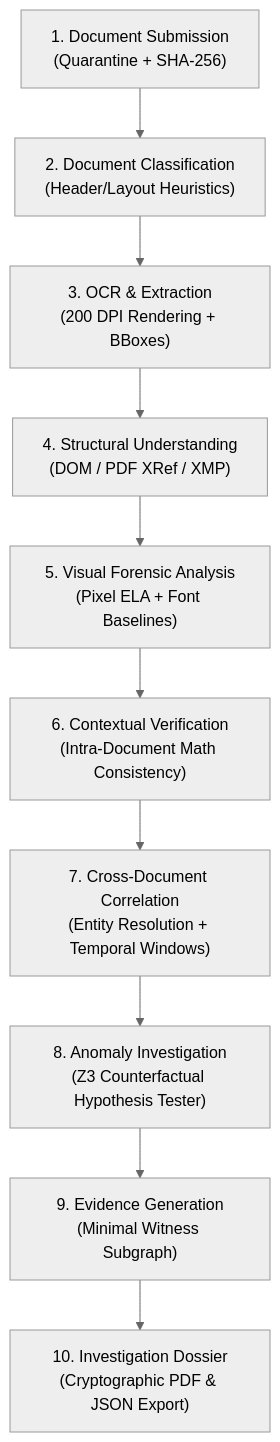
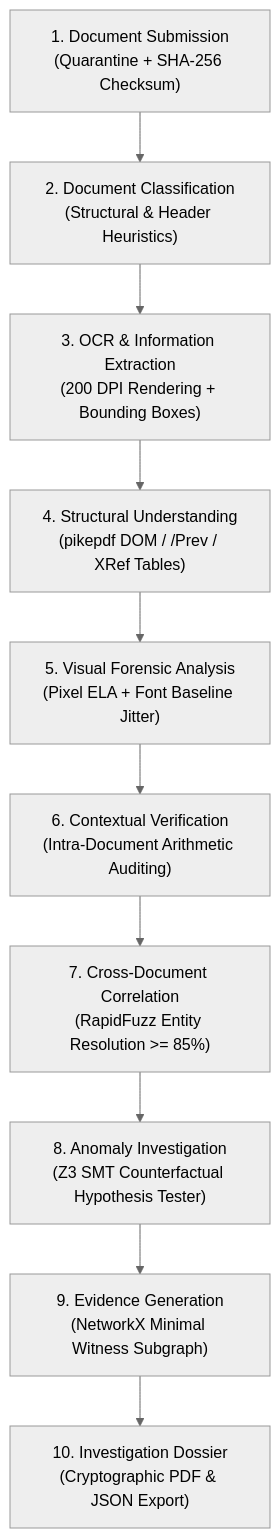
One commit to aniketmehetre/VeriStrata-CEIE changed the diagram in README.md. Above: the diagram before and after it, drawn with Mermaid (neutral theme). The commit also changed other lines of this file, not shown here.

Commit message:
docs: expand master README with in-depth architecture, SMT formulation, and 10-step pipeline

````diff
--- a/README.md
+++ b/README.md
@@ -184,12 +242,12 @@
 ```mermaid
 flowchart TD
-    S1["1. Document Submission<br/>(Quarantine + SHA-256)"] --> S2["2. Document Classification<br/>(Header/Layout Heuristics)"]
-    S2 --> S3["3. OCR & Extraction<br/>(200 DPI Rendering + BBoxes)"]
-    S3 --> S4["4. Structural Understanding<br/>(DOM / PDF XRef / XMP)"]
-    S4 --> S5["5. Visual Forensic Analysis<br/>(Pixel ELA + Font Baselines)"]
-    S5 --> S6["6. Contextual Verification<br/>(Intra-Document Math Consistency)"]
-    S6 --> S7["7. Cross-Document Correlation<br/>(Entity Resolution + Temporal Windows)"]
-    S7 --> S8["8. Anomaly Investigation<br/>(Z3 Counterfactual Hypothesis Tester)"]
-    S8 --> S9["9. Evidence Generation<br/>(Minimal Witness Subgraph)"]
+    S1["1. Document Submission<br/>(Quarantine + SHA-256 Checksum)"] --> S2["2. Document Classification<br/>(Structural & Header Heuristics)"]
+    S2 --> S3["3. OCR & Information Extraction<br/>(200 DPI Rendering + Bounding Boxes)"]
+    S3 --> S4["4. Structural Understanding<br/>(pikepdf DOM / /Prev / XRef Tables)"]
+    S4 --> S5["5. Visual Forensic Analysis<br/>(Pixel ELA + Font Baseline Jitter)"]
+    S5 --> S6["6. Contextual Verification<br/>(Intra-Document Arithmetic Auditing)"]
+    S6 --> S7["7. Cross-Document Correlation<br/>(RapidFuzz Entity Resolution >= 85%)"]
+    S7 --> S8["8. Anomaly Investigation<br/>(Z3 SMT Counterfactual Hypothesis Tester)"]
+    S8 --> S9["9. Evidence Generation<br/>(NetworkX Minimal Witness Subgraph)"]
     S9 --> S10["10. Investigation Dossier<br/>(Cryptographic PDF & JSON Export)"]
 ```
````
